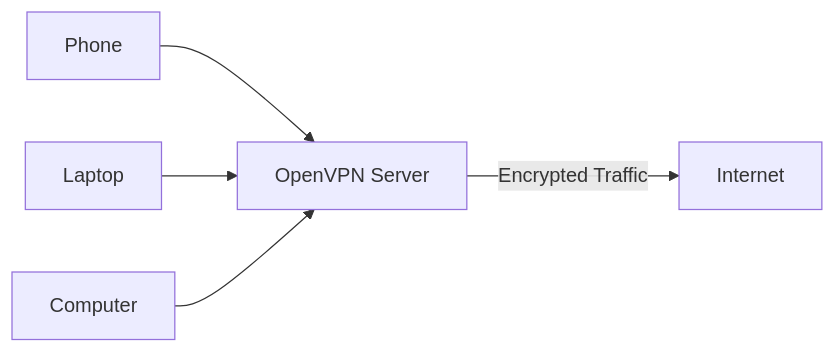
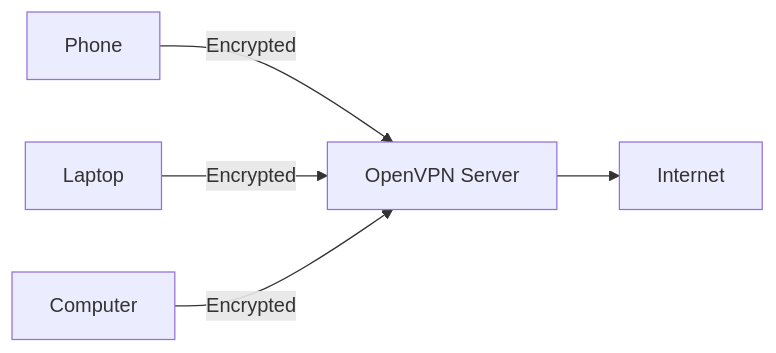
Before and after one commit to angristan/openvpn-install: the diagram in README.md, drawn with Mermaid.

Commit message:
Fix mermaid diagram in README

````diff
--- a/README.md
+++ b/README.md
@@ -21,10 +21,10 @@
 ```mermaid
 graph LR
-  A[Phone] --> VPN
-  B[Laptop] --> VPN
-  C[Computer] --> VPN
+  A[Phone] -->|Encrypted| VPN
+  B[Laptop] -->|Encrypted| VPN
+  C[Computer] -->|Encrypted| VPN
 
   VPN[OpenVPN Server]
 
-  VPN -->|Encrypted Traffic| I[Internet]
+  VPN --> I[Internet]
 ```
````
